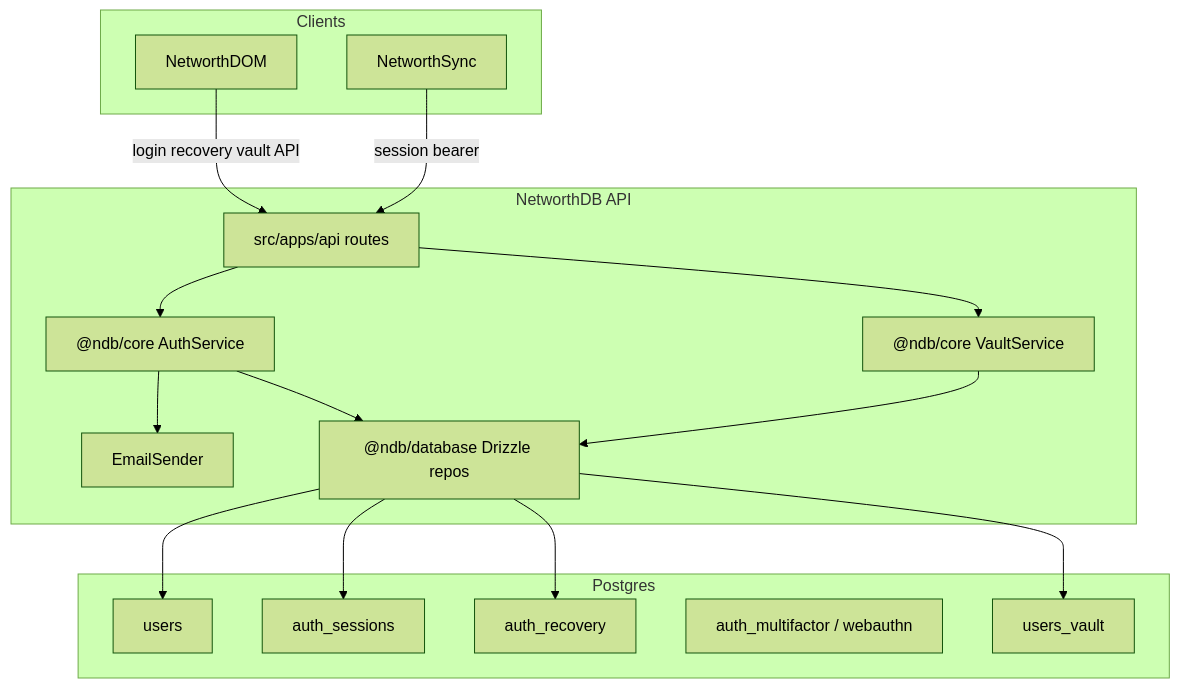
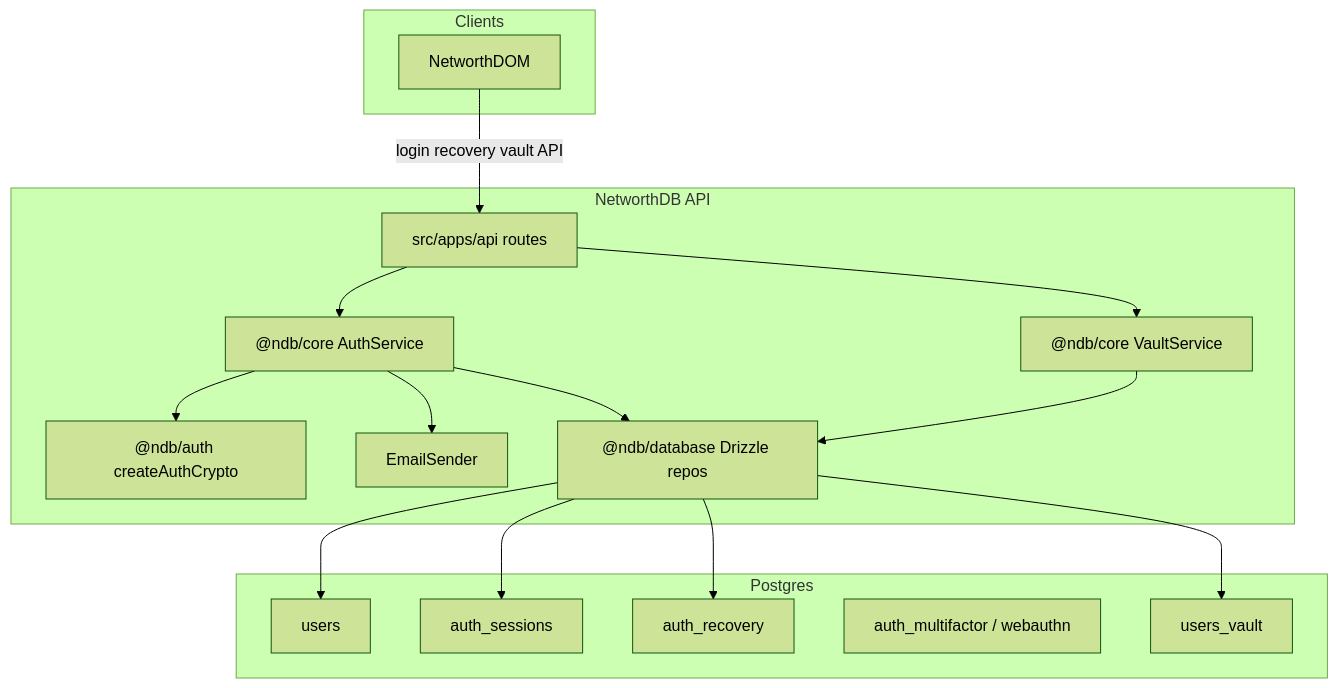
One commit to financial-footprints/NetworthDB changed the diagram in docs/adr/002-authentication.md. Above: the diagram before and after it, drawn with Mermaid (forest theme). The commit also changed other lines of this file and 876 other files, not shown here.

Commit message:
feat(api): Port NetworthCSV, NetworthDOM, NetworthSync & NetworthHTTP

````diff
--- a/docs/adr/002-authentication.md
+++ b/docs/adr/002-authentication.md
@@ -107,35 +107,35 @@
 ```mermaid
 flowchart TB
   subgraph clients [Clients]
     DOM[NetworthDOM]
-    Sync[NetworthSync]
   end
 
   subgraph networthdb [NetworthDB API]
     Routes["src/apps/api routes"]
     AuthSvc["@ndb/core AuthService"]
     VaultSvc["@ndb/core VaultService"]
+    AuthCrypto["@ndb/auth createAuthCrypto"]
     Mailer[EmailSender]
     Repos["@ndb/database Drizzle repos"]
   end
 
   subgraph authdata [Postgres]
     Users[users]
     Sessions[auth_sessions]
     Recovery[auth_recovery]
     MFA[auth_multifactor / webauthn]
     Vault[users_vault]
   end
 
   DOM -->|login recovery vault API| Routes
   Routes --> AuthSvc
   Routes --> VaultSvc
+  AuthSvc --> AuthCrypto
   AuthSvc --> Mailer
   AuthSvc --> Repos
   VaultSvc --> Repos
   Repos --> Users
   Repos --> Sessions
   Repos --> Recovery
   Repos --> Vault
-  Sync -->|session bearer| Routes
 ```
````
